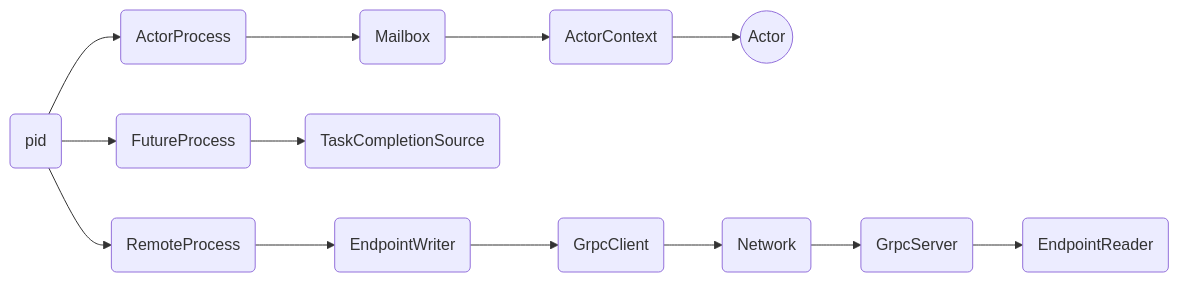
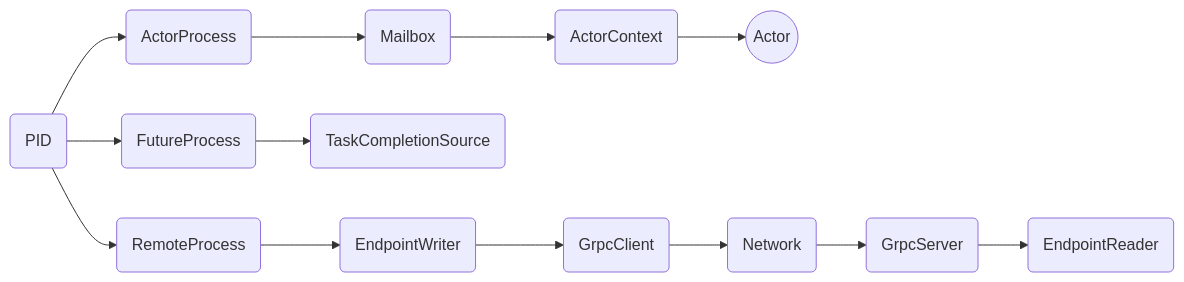
The sixth of 6 diagrams in hugo/content/docs/pid.md (asynkron/protoactor-website), drawn with Mermaid before and after one commit. The commit also changed other lines of this file and 17 other files, not shown here.

````diff
--- a/hugo/content/docs/pid.md
+++ b/hugo/content/docs/pid.md
@@ -31,32 +114,33 @@
 ```mermaid
 graph LR
-pid(pid)
+pid(PID)
+class pid light-blue
 
 ActorProcess(ActorProcess)
 FutureProcess(FutureProcess)
 RemoteProcess(RemoteProcess)
 
 Mailbox(Mailbox)
 ActorContext(ActorContext)
 Actor((Actor))
 
 TaskCompletionSource(TaskCompletionSource)
 
 RemoteProcess(RemoteProcess)
 
 EndpointWriter(EndpointWriter)
 EndpointReader(EndpointReader)
 
 network(Network)
 class network message
 
 GrpcServer(GrpcServer)
 class GrpcServer green
 GrpcClient(GrpcClient)
 class GrpcClient green
 
 
 pid --> ActorProcess --> Mailbox --> ActorContext --> Actor
 pid --> FutureProcess --> TaskCompletionSource
 pid --> RemoteProcess --> EndpointWriter --> GrpcClient --> network --> GrpcServer --> EndpointReader
 ```
````
